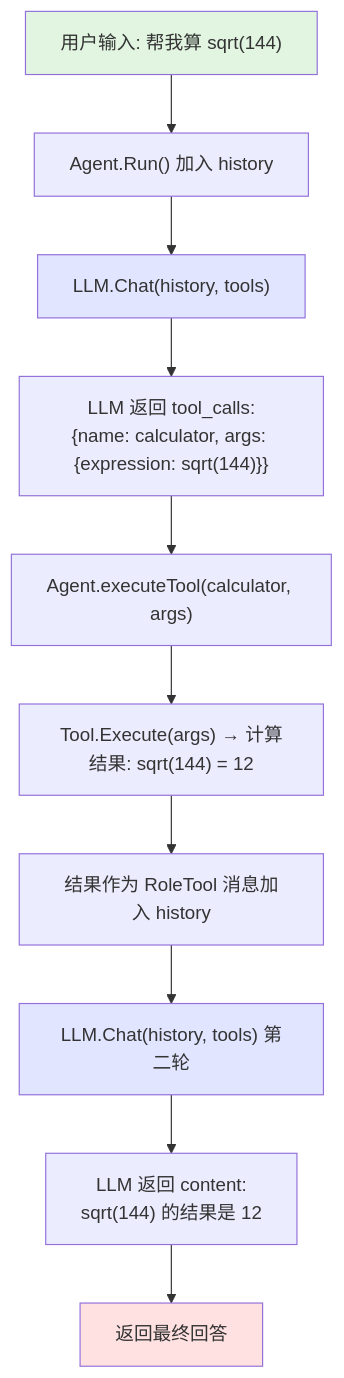
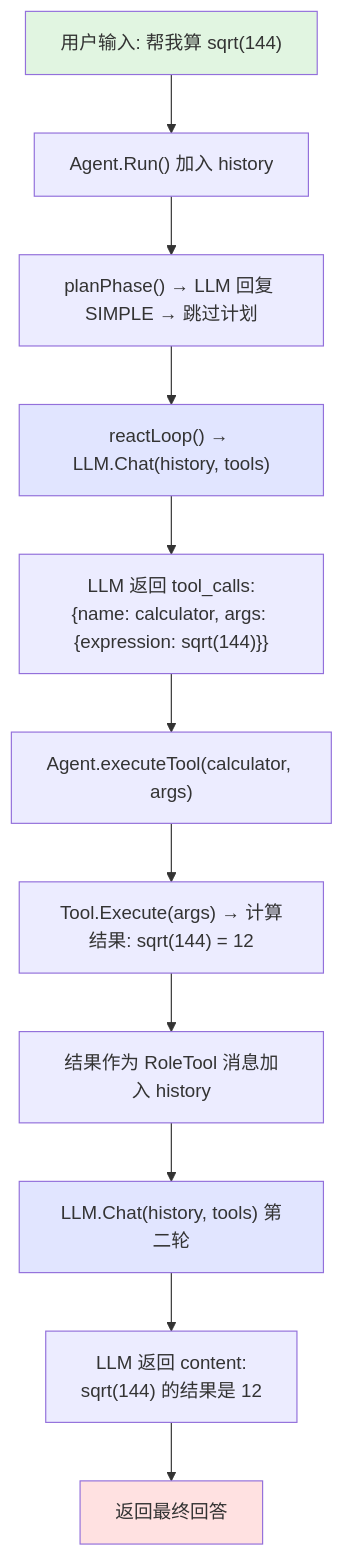
The third of 3 diagrams in docs/design.md (balcony314/ai-agent-demo), drawn with Mermaid before and after one commit. The commit also changed other lines of this file and 11 other files, not shown here.

````diff
--- a/docs/design.md
+++ b/docs/design.md
@@ -177,17 +204,18 @@
 ```mermaid
 flowchart TD
     A["用户输入: 帮我算 sqrt(144)"] --> B["Agent.Run() 加入 history"]
-    B --> C["LLM.Chat(history, tools)"]
+    B --> B2["planPhase() → LLM 回复 SIMPLE → 跳过计划"]
+    B2 --> C["reactLoop() → LLM.Chat(history, tools)"]
     C --> D["LLM 返回 tool_calls:<br/>{name: calculator, args: {expression: sqrt(144)}}"]
     D --> E["Agent.executeTool(calculator, args)"]
     E --> F["Tool.Execute(args) → 计算结果: sqrt(144) = 12"]
     F --> G["结果作为 RoleTool 消息加入 history"]
     G --> H["LLM.Chat(history, tools) 第二轮"]
     H --> I["LLM 返回 content:<br/>sqrt(144) 的结果是 12"]
     I --> J["返回最终回答"]
 
     style A fill:#e1f5e1
     style J fill:#ffe1e1
     style C fill:#e1e5ff
     style H fill:#e1e5ff
 ```
````
